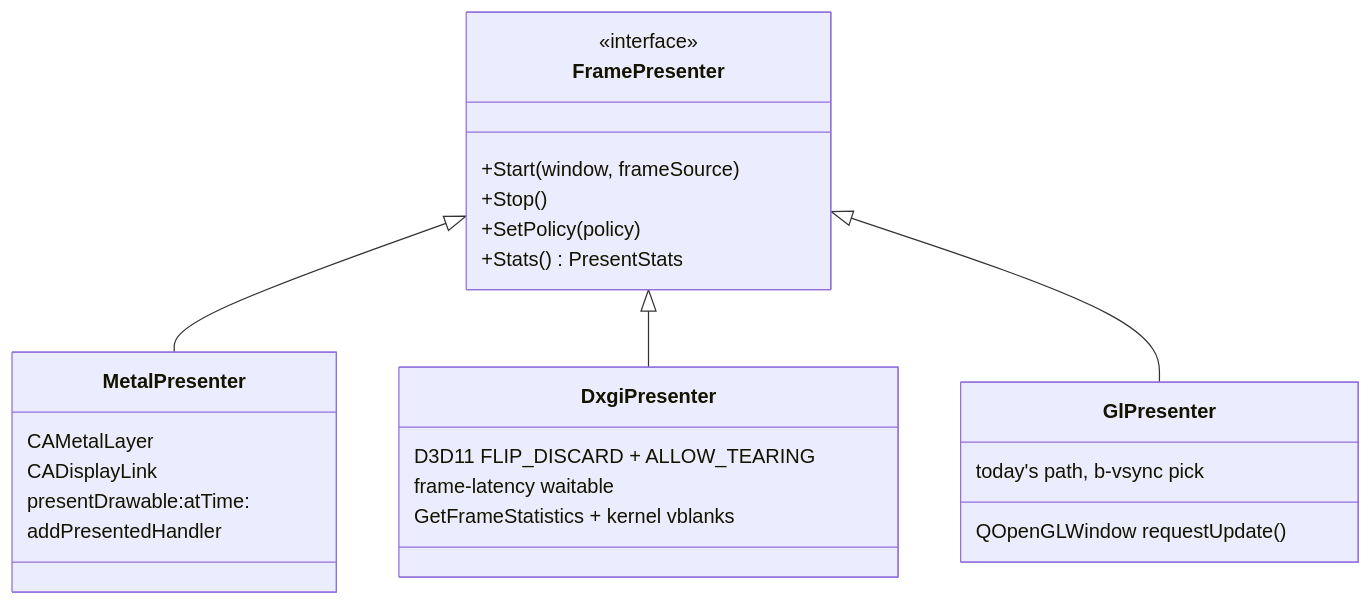
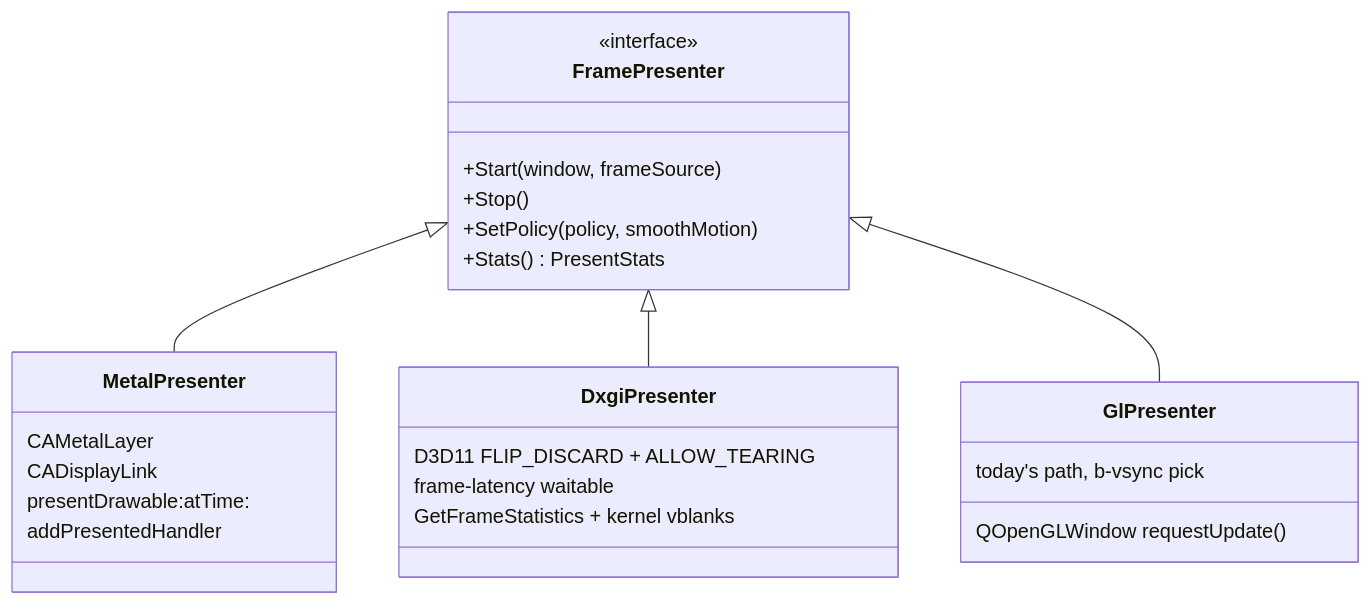
Before and after one commit to alfishe/unreal-ng: the second of 2 diagrams in docs/inprogress/2026-10-26-frame-presenter/README.md, drawn with Mermaid. The commit also changed other lines of this file and 2 other files, not shown here.

````diff
--- a/docs/inprogress/2026-10-26-frame-presenter/README.md
+++ b/docs/inprogress/2026-10-26-frame-presenter/README.md
@@ -249,28 +308,28 @@
 ```mermaid
 classDiagram
     class FramePresenter {
         <<interface>>
         +Start(window, frameSource)
         +Stop()
-        +SetPolicy(policy)
+        +SetPolicy(policy, smoothMotion)
         +Stats() PresentStats
     }
     class MetalPresenter {
         CAMetalLayer
         CADisplayLink
         presentDrawable:atTime:
         addPresentedHandler
     }
     class DxgiPresenter {
         D3D11 FLIP_DISCARD + ALLOW_TEARING
         frame-latency waitable
         GetFrameStatistics + kernel vblanks
     }
     class GlPresenter {
         QOpenGLWindow requestUpdate()
         today's path, b-vsync pick
     }
     FramePresenter <|-- MetalPresenter
     FramePresenter <|-- DxgiPresenter
     FramePresenter <|-- GlPresenter
 ```
````
